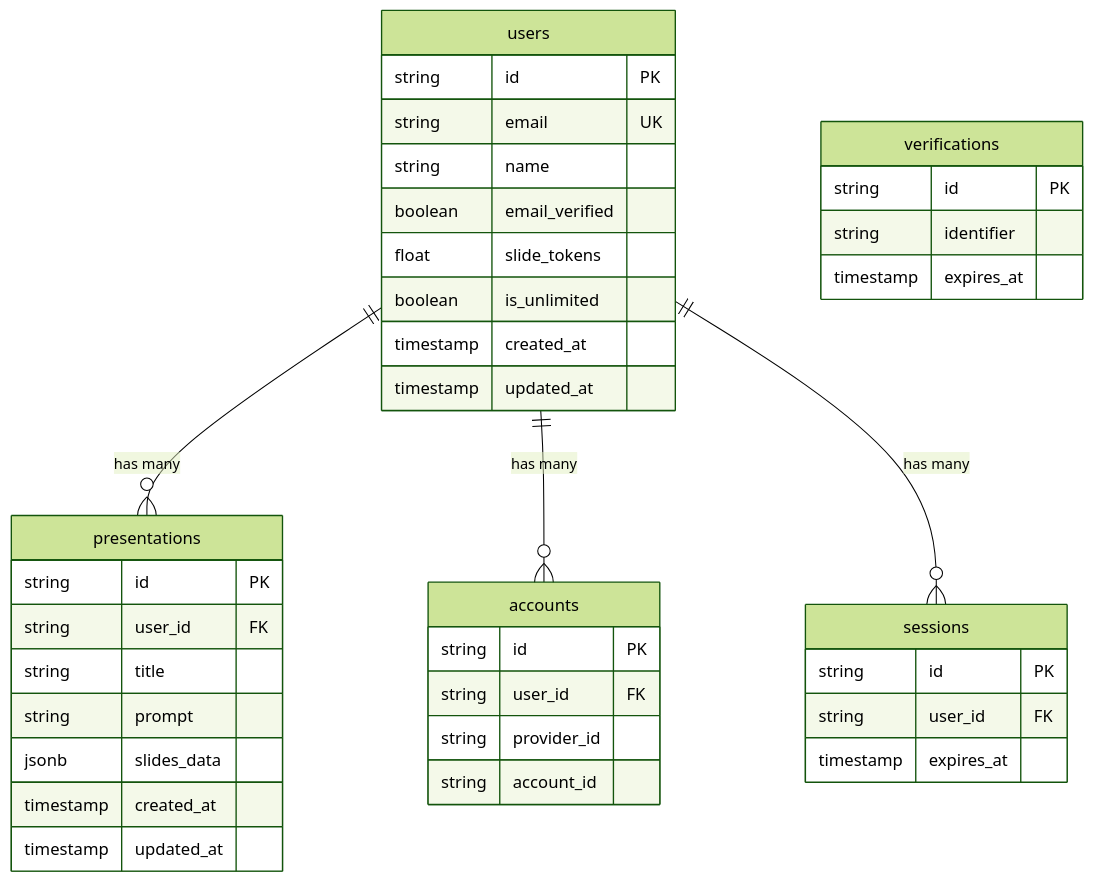
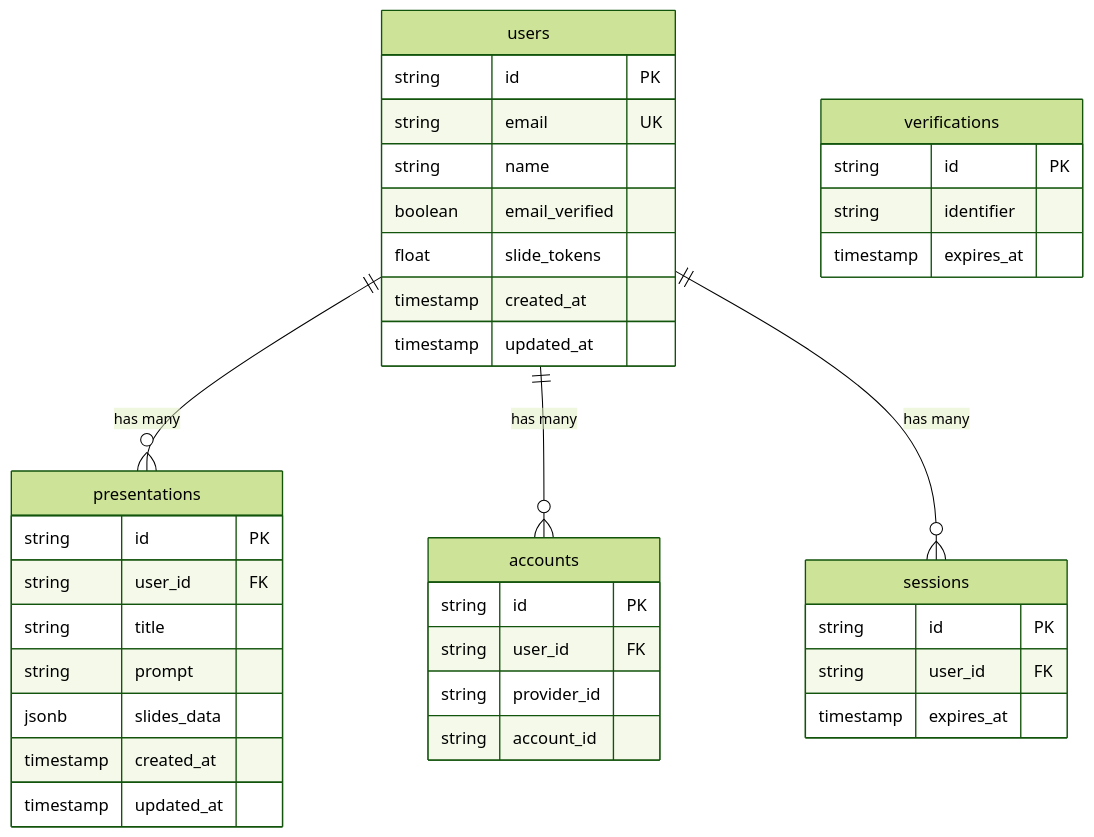
The seventh of 7 diagrams in docs/REQUEST_FLOWS.md (SINGH-RAJVEER/slide-sage), drawn with Mermaid (forest theme) before and after one commit. The commit also changed 42 other files, not shown here.

Commit message:
Fix auth, theming, and points flow

````diff
--- a/docs/REQUEST_FLOWS.md
+++ b/docs/REQUEST_FLOWS.md
@@ -149,46 +149,45 @@
 ```mermaid
 erDiagram
     users {
         string id PK
         string email UK
         string name
         boolean email_verified
         float slide_tokens
-        boolean is_unlimited
         timestamp created_at
         timestamp updated_at
     }
 
     accounts {
         string id PK
         string user_id FK
         string provider_id
         string account_id
     }
 
     sessions {
         string id PK
         string user_id FK
         timestamp expires_at
     }
 
     verifications {
         string id PK
         string identifier
         timestamp expires_at
     }
 
     presentations {
         string id PK
         string user_id FK
         string title
         string prompt
         jsonb slides_data
         timestamp created_at
         timestamp updated_at
     }
 
     users ||--o{ presentations : "has many"
     users ||--o{ accounts : "has many"
     users ||--o{ sessions : "has many"
 ```
````
